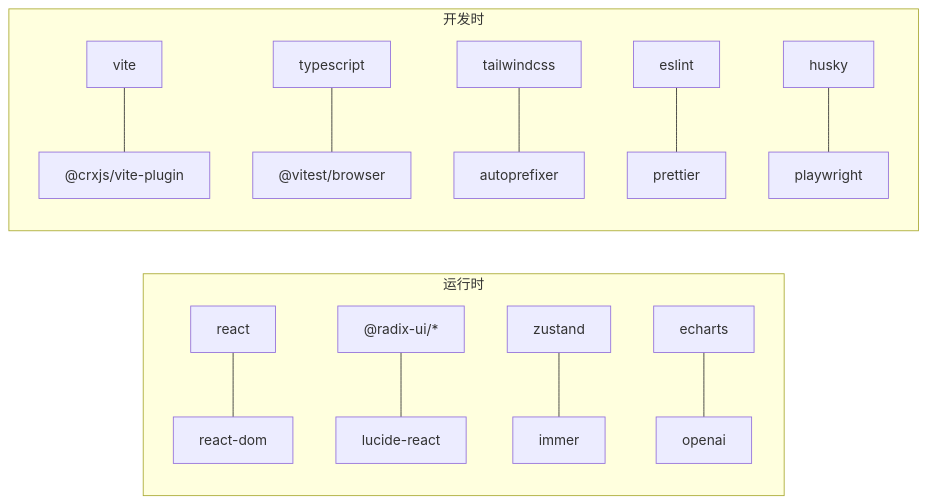
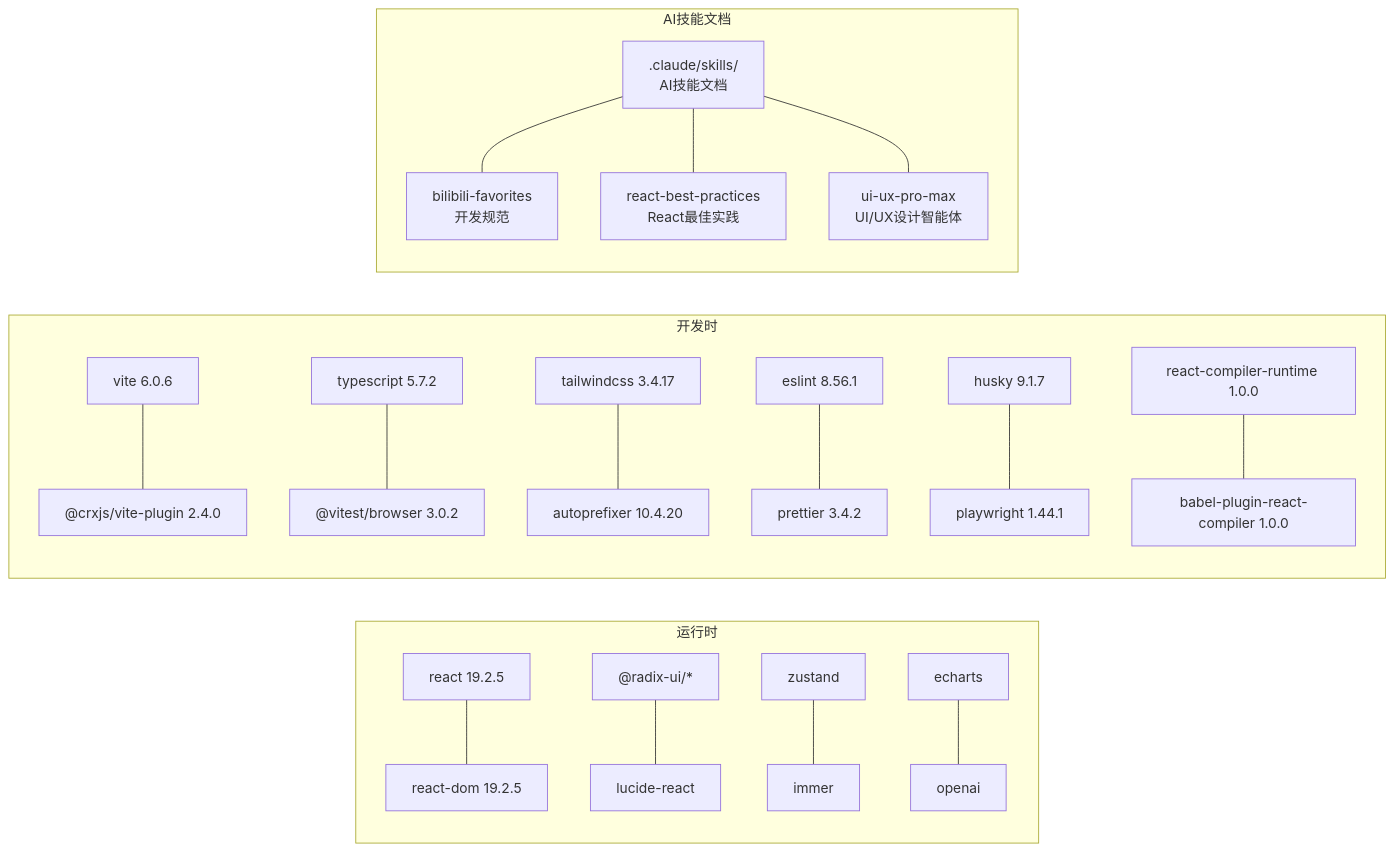
The third of 3 diagrams in .qoder/repowiki/zh/content/开发指南/开发指南.md (RadiumAg/bilibili-favorites), drawn with Mermaid before and after one commit. The commit also changed other lines of this file and 27 other files, not shown here.

````diff
--- a/.qoder/repowiki/zh/content/开发指南/开发指南.md
+++ b/.qoder/repowiki/zh/content/开发指南/开发指南.md
@@ -310,16 +411,22 @@
 ```mermaid
 graph LR
 subgraph "运行时"
-R1["react"] --- R2["react-dom"]
+R1["react 19.2.5"] --- R2["react-dom 19.2.5"]
 U1["@radix-ui/*"] --- U2["lucide-react"]
 S1["zustand"] --- S2["immer"]
 V1["echarts"] --- O1["openai"]
 end
 subgraph "开发时"
-D1["vite"] --- D2["@crxjs/vite-plugin"]
-D3["typescript"] --- D4["@vitest/browser"]
-D5["tailwindcss"] --- D6["autoprefixer"]
-D7["eslint"] --- D8["prettier"]
-D9["husky"] --- D10["playwright"]
+D1["vite 6.0.6"] --- D2["@crxjs/vite-plugin 2.4.0"]
+D3["typescript 5.7.2"] --- D4["@vitest/browser 3.0.2"]
+D5["tailwindcss 3.4.17"] --- D6["autoprefixer 10.4.20"]
+D7["eslint 8.56.1"] --- D8["prettier 3.4.2"]
+D9["husky 9.1.7"] --- D10["playwright 1.44.1"]
+D11["react-compiler-runtime 1.0.0"] --- D12["babel-plugin-react-compiler 1.0.0"]
+end
+subgraph "AI技能文档"
+A1[".claude/skills/<br/>AI技能文档"] --- A2["bilibili-favorites<br/>开发规范"]
+A1 --- A3["react-best-practices<br/>React最佳实践"]
+A1 --- A4["ui-ux-pro-max<br/>UI/UX设计智能体"]
 end
 ```
````
